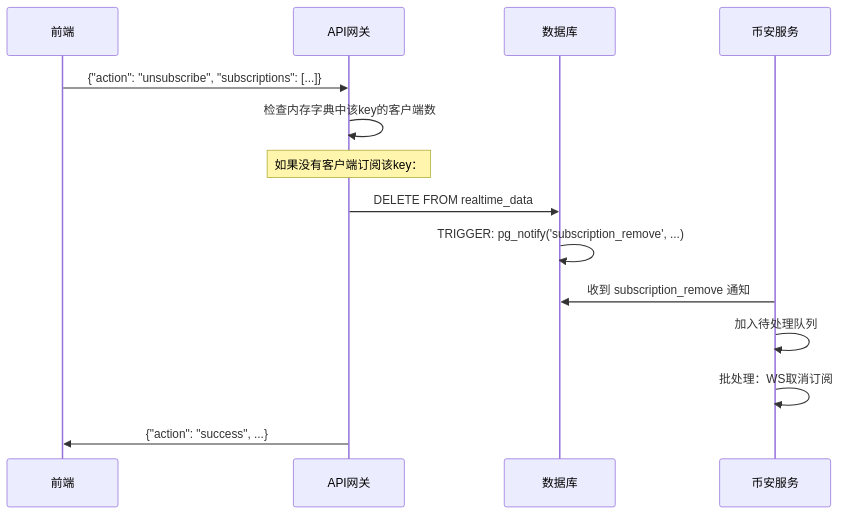
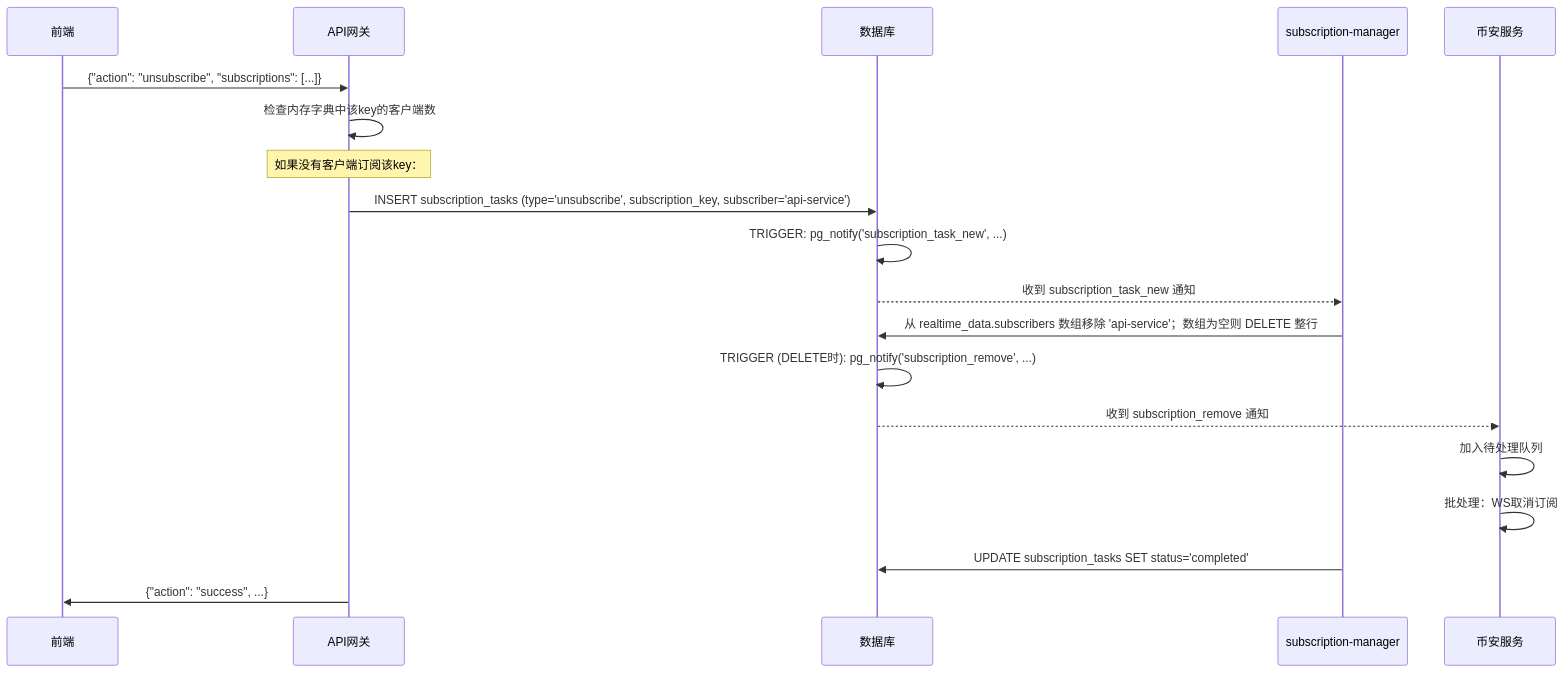
One commit to mj2154/quant-trading-system-2602 changed the fourth of 8 diagrams in docs/backend/design/01-task-subscription.md. Above: the diagram before and after it, drawn with Mermaid. The commit also changed other lines of this file and 5 other files, not shown here.

````diff
--- a/docs/backend/design/01-task-subscription.md
+++ b/docs/backend/design/01-task-subscription.md
@@ -1012,20 +1179,26 @@
 ```mermaid
 sequenceDiagram
     participant Front as 前端
     participant APIGW as API网关
     participant DB as 数据库
+    participant SM as subscription-manager
     participant Binance as 币安服务
 
     Front->>APIGW: {"action": "unsubscribe", "subscriptions": [...]}
 
     APIGW->>APIGW: 检查内存字典中该key的客户端数
     Note over APIGW: 如果没有客户端订阅该key：
-    APIGW->>DB: DELETE FROM realtime_data
-    DB->>DB: TRIGGER: pg_notify('subscription_remove', ...)
+    APIGW->>DB: INSERT subscription_tasks (type='unsubscribe', subscription_key, subscriber='api-service')
+    DB->>DB: TRIGGER: pg_notify('subscription_task_new', ...)
 
-    Binance->>DB: 收到 subscription_remove 通知
+    DB-->>SM: 收到 subscription_task_new 通知
+    SM->>DB: 从 realtime_data.subscribers 数组移除 'api-service'；数组为空则 DELETE 整行
+    DB->>DB: TRIGGER (DELETE时): pg_notify('subscription_remove', ...)
+
+    DB-->>Binance: 收到 subscription_remove 通知
     Binance->>Binance: 加入待处理队列
     Binance->>Binance: 批处理：WS取消订阅
 
+    SM->>DB: UPDATE subscription_tasks SET status='completed'
     APIGW->>Front: {"action": "success", ...}
 ```
````
